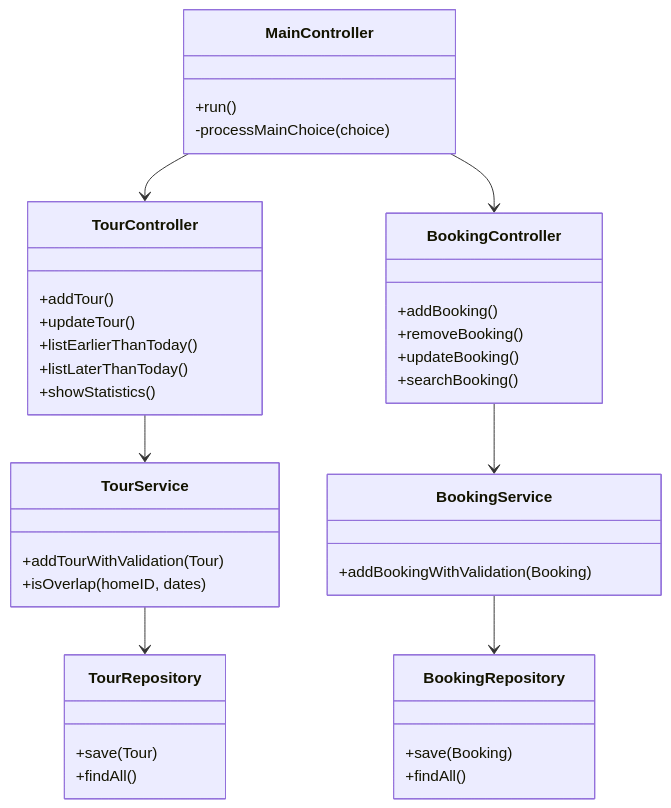
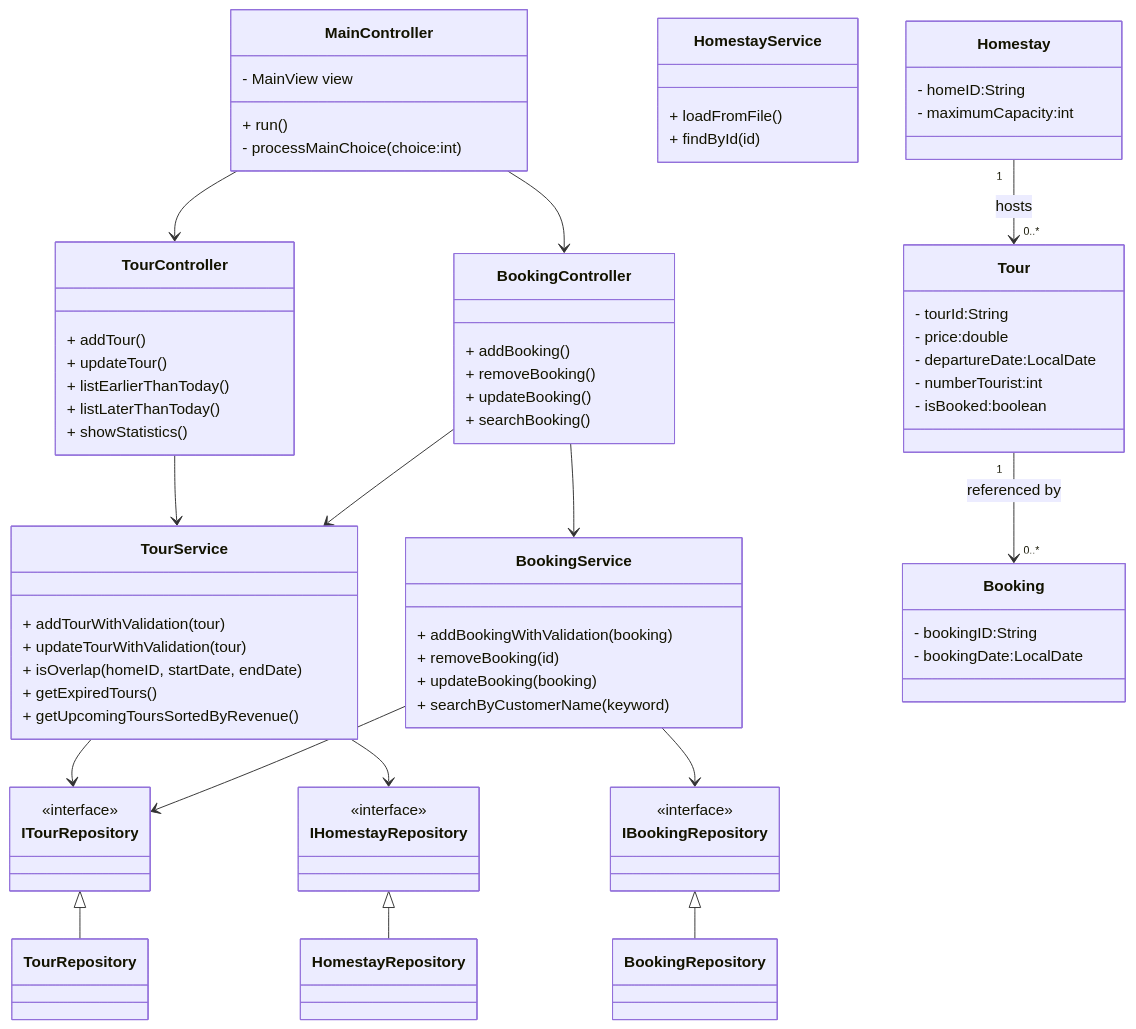
Before and after one commit to Duykhobo/prj-lab02: the diagram in HomestayBookingManagement/part2_vi.md, drawn with Mermaid. The commit also changed other lines of this file and 6 other files, not shown here.

Commit message:
feat: Move and reorganize project documentation files into the `HomestayBookingManagement` subdirectory.

````diff
--- a/HomestayBookingManagement/part2_vi.md
+++ b/HomestayBookingManagement/part2_vi.md
@@ -86,46 +85,78 @@
 ```mermaid
 classDiagram
     direction TB
-
+    %% Giữ nguyên code Mermaid để hiển thị biểu đồ
     class MainController {
-        +run()
-        -processMainChoice(choice)
+        - MainView view
+        + run()
+        - processMainChoice(choice:int)
     }
     class TourController {
-        +addTour()
-        +updateTour()
-        +listEarlierThanToday()
-        +listLaterThanToday()
-        +showStatistics()
+        + addTour()
+        + updateTour()
+        + listEarlierThanToday()
+        + listLaterThanToday()
+        + showStatistics()
     }
     class BookingController {
-        +addBooking()
-        +removeBooking()
-        +updateBooking()
-        +searchBooking()
+        + addBooking()
+        + removeBooking()
+        + updateBooking()
+        + searchBooking()
     }
-
     class TourService {
-        +addTourWithValidation(Tour)
-        +isOverlap(homeID, dates)
+        + addTourWithValidation(tour)
+        + updateTourWithValidation(tour)
+        + isOverlap(homeID, startDate, endDate)
+        + getExpiredTours()
+        + getUpcomingToursSortedByRevenue()
     }
     class BookingService {
-        +addBookingWithValidation(Booking)
+        + addBookingWithValidation(booking)
+        + removeBooking(id)
+        + updateBooking(booking)
+        + searchByCustomerName(keyword)
     }
+    class HomestayService {
+        + loadFromFile()
+        + findById(id)
+    }
+    class ITourRepository { <<interface>> }
+    class IBookingRepository { <<interface>> }
+    class IHomestayRepository { <<interface>> }
+    class TourRepository
+    class BookingRepository
+    class HomestayRepository
 
-    class TourRepository {
-        +save(Tour)
-        +findAll()
+    class Homestay {
+        - homeID:String
+        - maximumCapacity:int
     }
-    class BookingRepository {
-        +save(Booking)
-        +findAll()
+    class Tour {
+        - tourId:String
+        - price:double
+        - departureDate:LocalDate
+        - numberTourist:int
+        - isBooked:boolean
+    }
+    class Booking {
+        - bookingID:String
+        - bookingDate:LocalDate
     }
 
     MainController --> TourController
     MainController --> BookingController
     TourController --> TourService
     BookingController --> BookingService
-    TourService --> TourRepository
-    BookingService --> BookingRepository
+    BookingController --> TourService
+    TourService --> ITourRepository
+    TourService --> IHomestayRepository
+    BookingService --> IBookingRepository
+    BookingService --> ITourRepository
+    ITourRepository <|-- TourRepository
+    IBookingRepository <|-- BookingRepository
+    IHomestayRepository <|-- HomestayRepository
+    Homestay "1" --> "0..*" Tour : hosts
+    Tour "1" --> "0..*" Booking : referenced by
+
 ```
````
